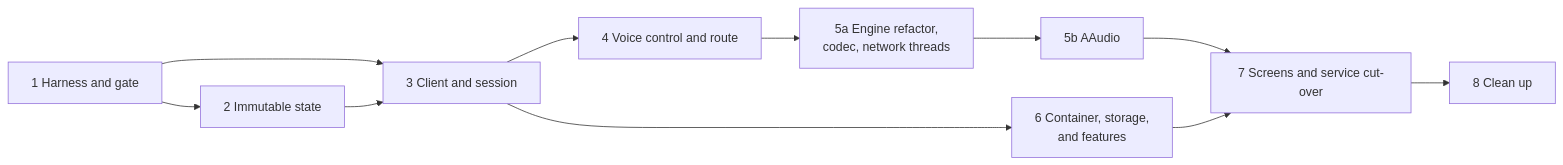
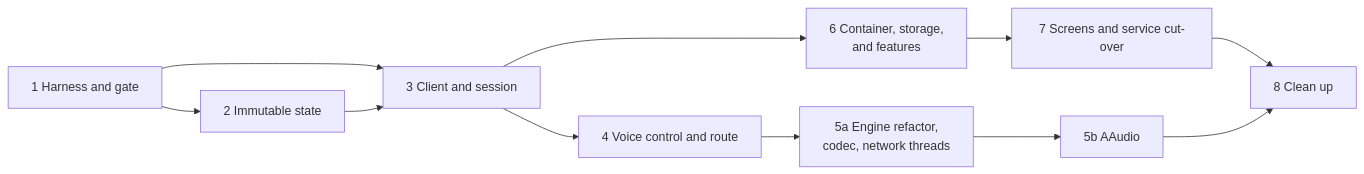
Before and after one commit to 360ied/mumla-oled: the diagram in docs/target-architecture/migration.md, drawn with Mermaid. The commit also changed other lines of this file and 4 other files, not shown here.

````diff
--- a/docs/target-architecture/migration.md
+++ b/docs/target-architecture/migration.md
@@ -83,13 +85,13 @@
 ```mermaid
 flowchart LR
     S1["1 Harness and gate"] --> S2["2 Immutable state"]
     S1 --> S3["3 Client and session"]
     S2 --> S3
     S3 --> S4["4 Voice control and route"]
     S4 --> S5a["5a Engine refactor,<br/>codec, network threads"]
     S5a --> S5b["5b AAudio"]
     S3 --> S6["6 Container, storage,<br/>and features"]
-    S5b --> S7["7 Screens and service cut-over"]
-    S6 --> S7
+    S6 --> S7["7 Screens and service cut-over"]
     S7 --> S8["8 Clean up"]
+    S5b --> S8
 ```
````
